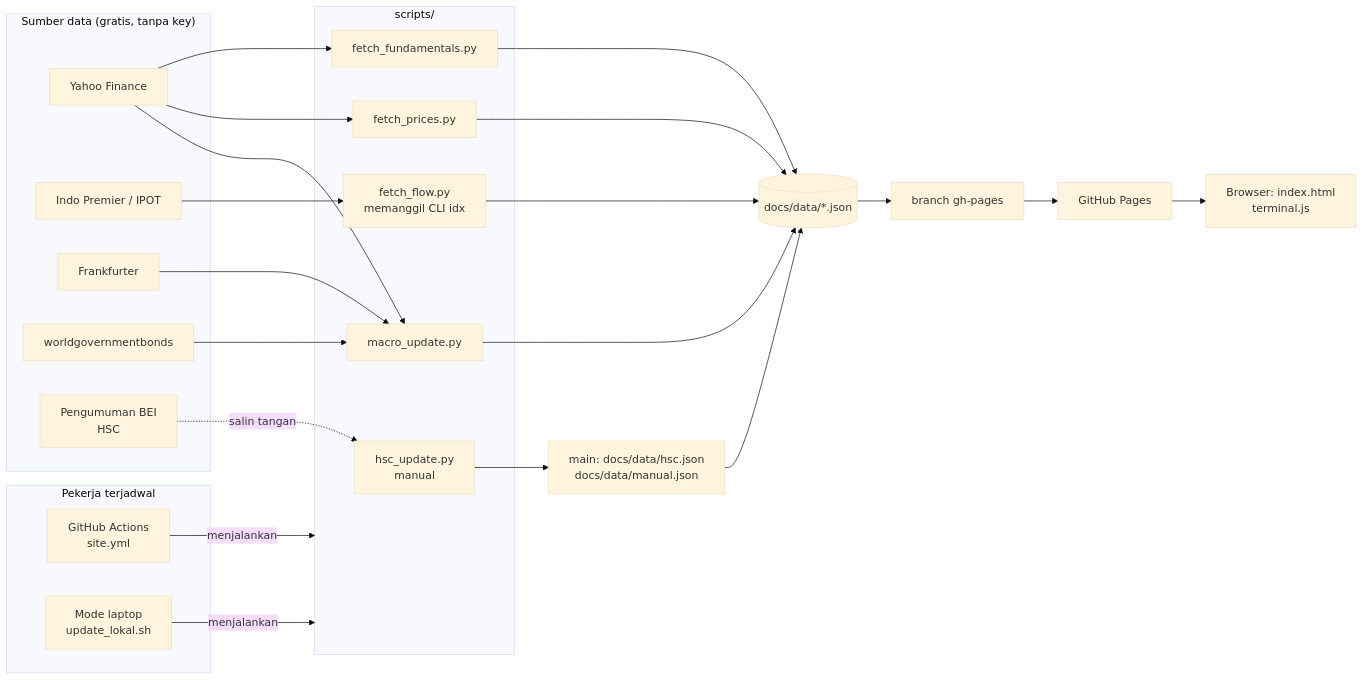
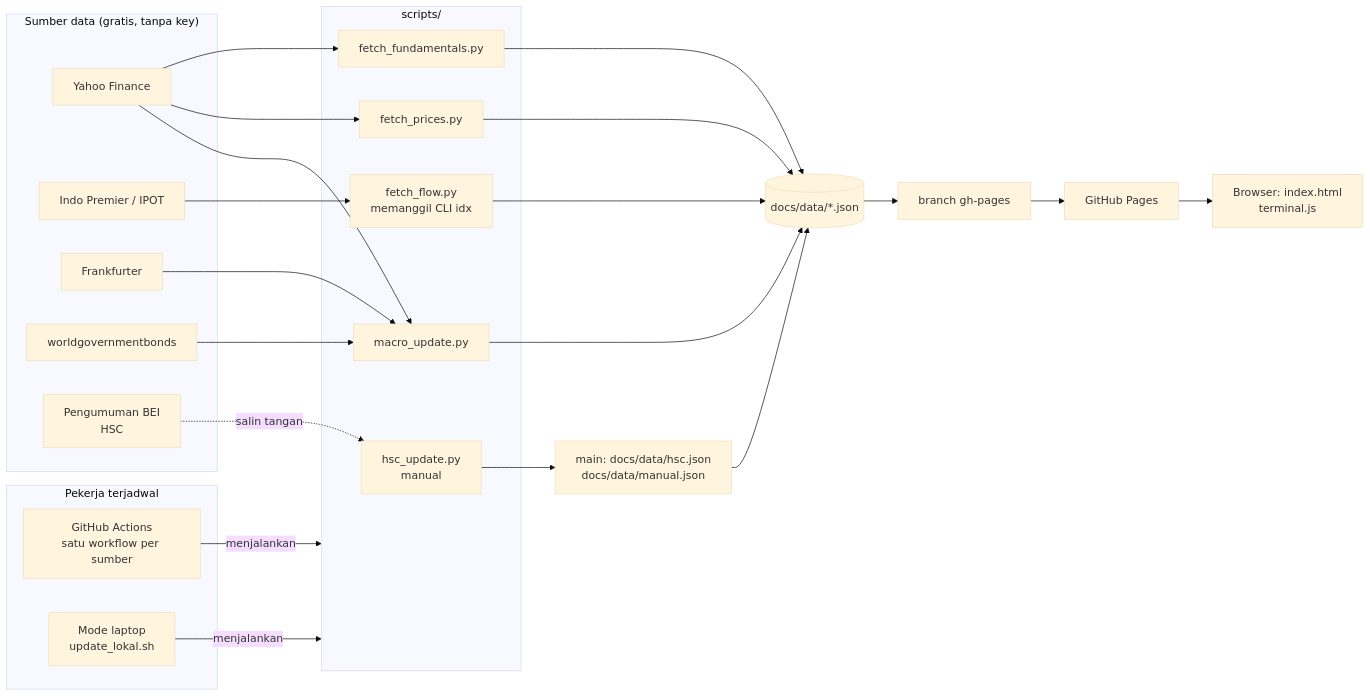
One commit to rgt88/idx-lite changed the diagram in ARCHITECTURE.md. Above: the diagram before and after it, drawn with Mermaid (base theme). The commit also changed other lines of this file and 17 other files, not shown here.

Commit message:
makro: persentase dibanding penutupan kemarin, workflow per sumber

````diff
--- a/ARCHITECTURE.md
+++ b/ARCHITECTURE.md
@@ -14,41 +14,41 @@
 ```mermaid
 flowchart LR
   subgraph Sumber["Sumber data (gratis, tanpa key)"]
     Y[Yahoo Finance]
     IP[Indo Premier / IPOT]
     FR[Frankfurter]
     WGB[worldgovernmentbonds]
     BEI[Pengumuman BEI<br/>HSC]
   end
 
   subgraph Pekerja["Pekerja terjadwal"]
-    GA[GitHub Actions<br/>site.yml]
+    GA[GitHub Actions<br/>satu workflow per sumber]
     LP[Mode laptop<br/>update_lokal.sh]
   end
 
   subgraph Skrip["scripts/"]
     MU[macro_update.py]
     FP[fetch_prices.py]
     FF[fetch_fundamentals.py]
     FL[fetch_flow.py<br/>memanggil CLI idx]
     HU[hsc_update.py<br/>manual]
   end
 
   FR --> MU
   WGB --> MU
   Y --> MU
   Y --> FP
   Y --> FF
   IP --> FL
   BEI -. salin tangan .-> HU
 
   GA -- menjalankan --> Skrip
   LP -- menjalankan --> Skrip
 
   MU & FP & FF & FL --> D[(docs/data/*.json)]
   HU --> M[main: docs/data/hsc.json<br/>docs/data/manual.json]
   M --> D
   D --> GP[branch gh-pages]
   GP --> PG[GitHub Pages]
   PG --> T[Browser: index.html<br/>terminal.js]
 ```
````
